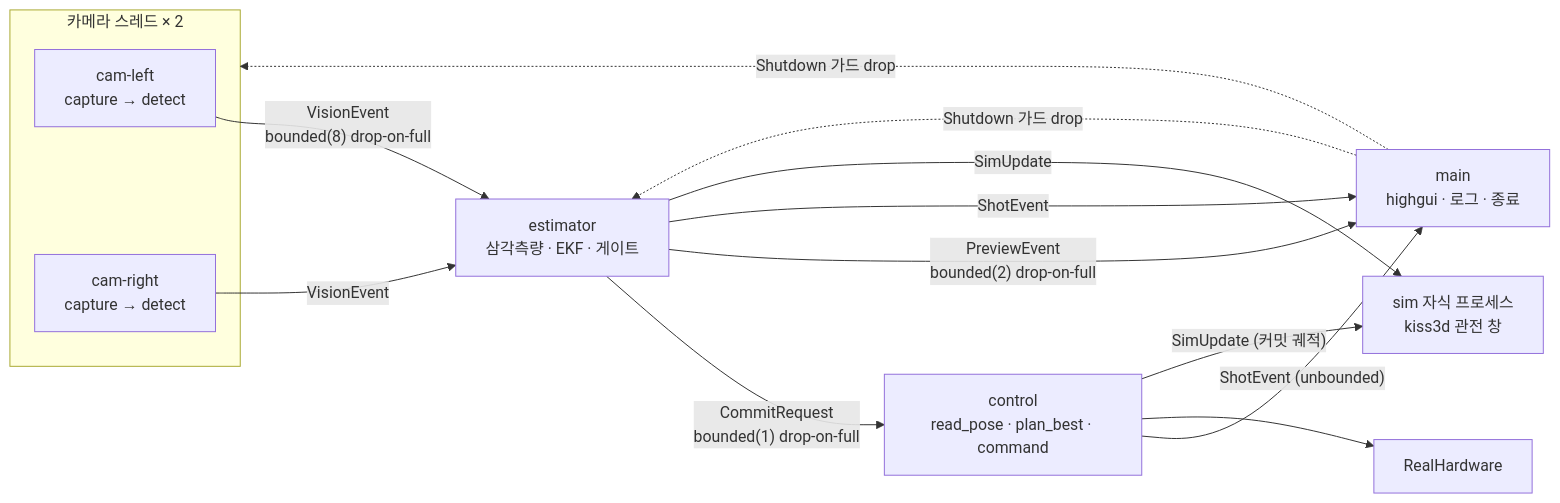
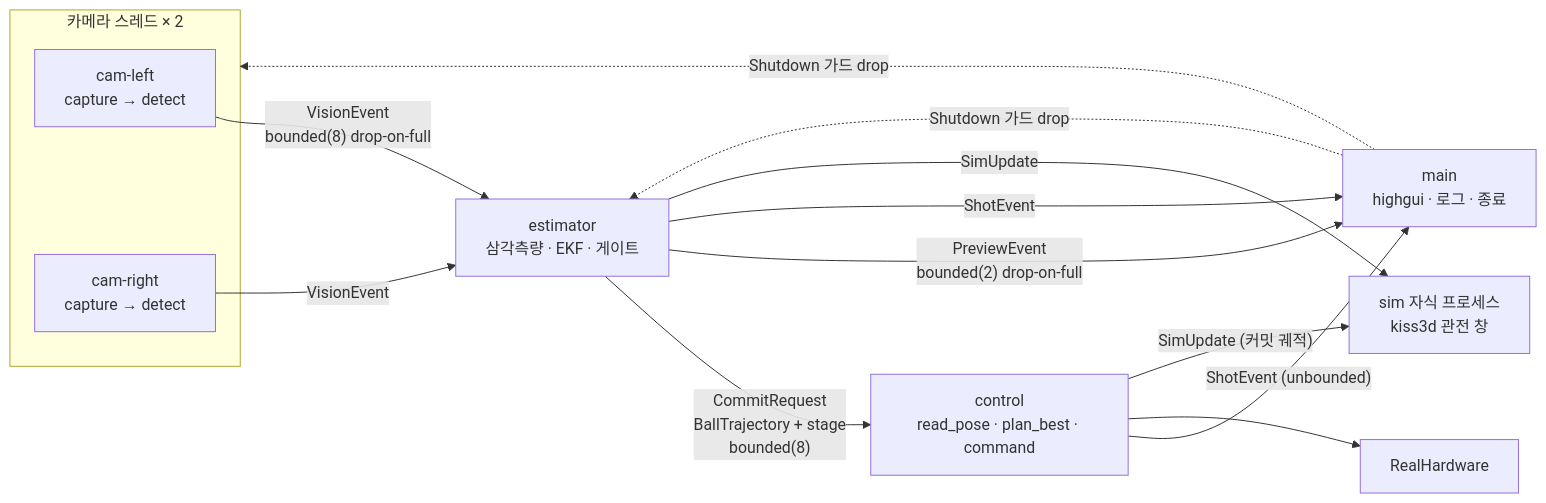
Before and after one commit to luv-all/pingpong-bot: the first of 4 diagrams in src/real/README.md, drawn with Mermaid. The commit also changed other lines of this file and 26 other files, not shown here.

````diff
--- a/src/real/README.md
+++ b/src/real/README.md
@@ -70,25 +75,25 @@
 ```mermaid
 flowchart LR
   subgraph cams ["카메라 스레드 × 2"]
     camL["cam-left<br/>capture → detect"]
     camR["cam-right<br/>capture → detect"]
   end
 
   est["estimator<br/>삼각측량 · EKF · 게이트"]
   ctl["control<br/>read_pose · plan_best · command"]
   main["main<br/>highgui · 로그 · 종료"]
   hw["RealHardware"]
 
   camL -->|"VisionEvent<br/>bounded(8) drop-on-full"| est
   camR -->|"VisionEvent"| est
-  est -->|"CommitRequest<br/>bounded(1) drop-on-full"| ctl
+  est -->|"CommitRequest<br/>BallTrajectory + stage<br/>bounded(8)"| ctl
   est -->|"PreviewEvent<br/>bounded(2) drop-on-full"| main
   est -->|"ShotEvent"| main
   ctl -->|"ShotEvent (unbounded)"| main
   ctl --> hw
   est -->|"SimUpdate"| sim["sim 자식 프로세스<br/>kiss3d 관전 창"]
   ctl -->|"SimUpdate (커밋 궤적)"| sim
 
   main -.->|"Shutdown 가드 drop"| cams
   main -.->|"Shutdown 가드 drop"| est
 ```
````
